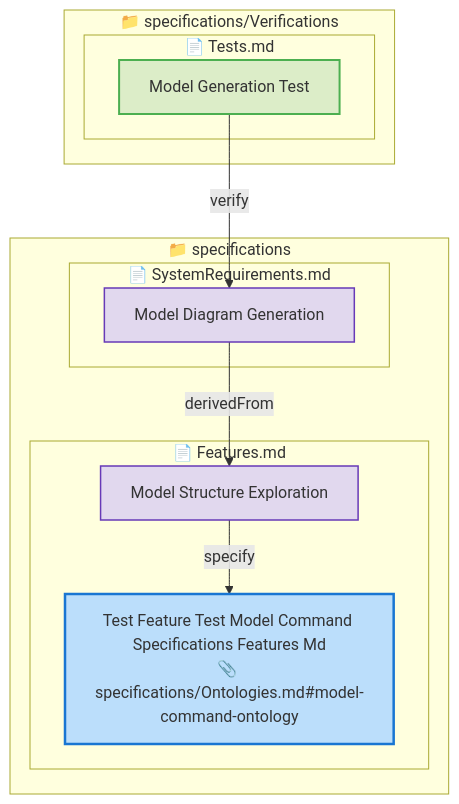
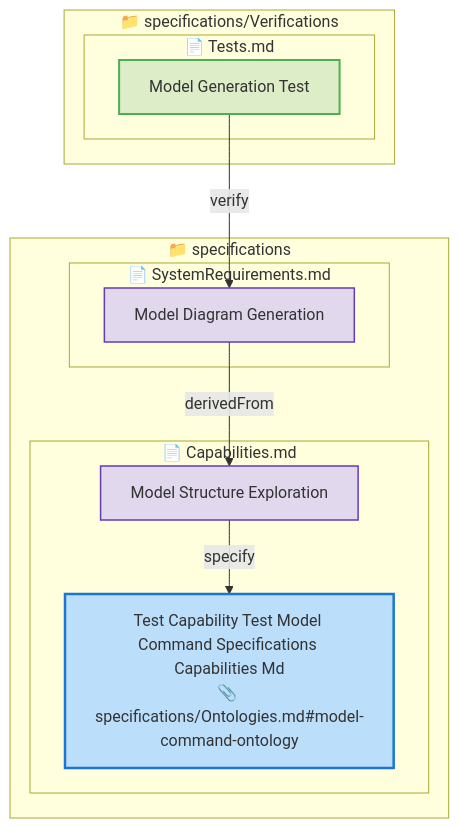
One commit to reqvire-org/reqvire changed the fourth of 6 diagrams in tests/test-model-command/expected/expected_reverse_filter_output.md. Above: the diagram before and after it, drawn with Mermaid. The commit also changed other lines of this file and 502 other files, not shown here.

Commit message:
Ontologies And Capabilities Breaking changes.

````diff
--- a/tests/test-model-command/expected/expected_reverse_filter_output.md
+++ b/tests/test-model-command/expected/expected_reverse_filter_output.md
@@ -160,37 +160,37 @@
 ```mermaid
 graph TD
-  classDef feature fill:#BBDEFB,stroke:#1976D2,stroke-width:2.5px;
+  classDef capability fill:#BBDEFB,stroke:#1976D2,stroke-width:2.5px;
   classDef systemRequirement fill:#E1D8EE,stroke:#673AB7,stroke-width:1.5px;
   classDef ontology fill:#F4E3A1,stroke:#B08A00,stroke-width:2px;
   classDef verification fill:#DCEDC8,stroke:#4CAF50,stroke-width:2px;
   classDef default fill:#F5F5F5,stroke:#424242,stroke-width:1.5px;
 
   classDef folder fill:#FAFAFA,stroke:#9E9E9E,stroke-width:3px;
   classDef file fill:#FFF8E1,stroke:#FFCA28,stroke-width:2px;
 
   subgraph 9d68b769fcbc79d0["📁 specifications"]
-    subgraph 52b96646352f3ec7["📄 Features.md"]
-      1ef18bbc2a9e2de["Model Structure Exploration"];
-      class 1ef18bbc2a9e2de systemRequirement;
-      click 1ef18bbc2a9e2de "specifications/Features.md#model-structure-exploration";
-      cc4f0d848ef4201f["Test Feature Test Model Command Specifications Features Md<br/>📎 specifications/Ontologies.md#model-command-ontology"];
-      class cc4f0d848ef4201f feature;
-      click cc4f0d848ef4201f "specifications/Features.md#test-feature-test-model-command-specifications-features-md";
+    subgraph afe26fd45621e6a["📄 Capabilities.md"]
+      458b8fd2c32e6014["Model Structure Exploration"];
+      class 458b8fd2c32e6014 systemRequirement;
+      click 458b8fd2c32e6014 "specifications/Capabilities.md#model-structure-exploration";
+      8c7466173ee6b05d["Test Capability Test Model Command Specifications Capabilities Md<br/>📎 specifications/Ontologies.md#model-command-ontology"];
+      class 8c7466173ee6b05d capability;
+      click 8c7466173ee6b05d "specifications/Capabilities.md#test-capability-test-model-command-specifications-capabilities-md";
     end
     subgraph 77808752d543f615["📄 SystemRequirements.md"]
       b7ec4bb3813f1dea["Model Diagram Generation"];
       class b7ec4bb3813f1dea systemRequirement;
       click b7ec4bb3813f1dea "specifications/SystemRequirements.md#model-diagram-generation";
     end
   end
   subgraph 9f0649e759bd2822["📁 specifications/Verifications"]
     subgraph 7d9dffd79ed1d5b8["📄 Tests.md"]
       6e0e2613c4bfcfcb["Model Generation Test"];
       class 6e0e2613c4bfcfcb verification;
       click 6e0e2613c4bfcfcb "specifications/Verifications/Tests.md#model-generation-test";
     end
   end
   6e0e2613c4bfcfcb -->|verify| b7ec4bb3813f1dea;
-  b7ec4bb3813f1dea -->|derivedFrom| 1ef18bbc2a9e2de;
-  1ef18bbc2a9e2de -->|specify| cc4f0d848ef4201f;
+  b7ec4bb3813f1dea -->|derivedFrom| 458b8fd2c32e6014;
+  458b8fd2c32e6014 -->|specify| 8c7466173ee6b05d;
 ```
````
